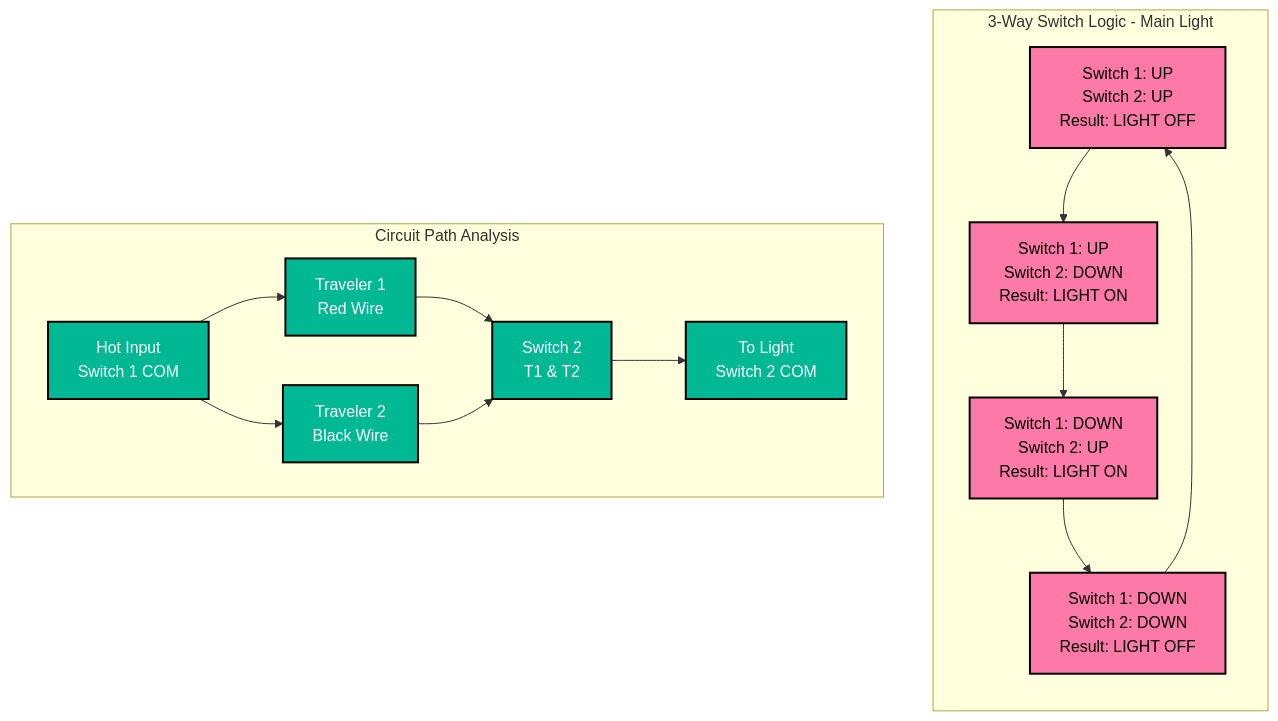
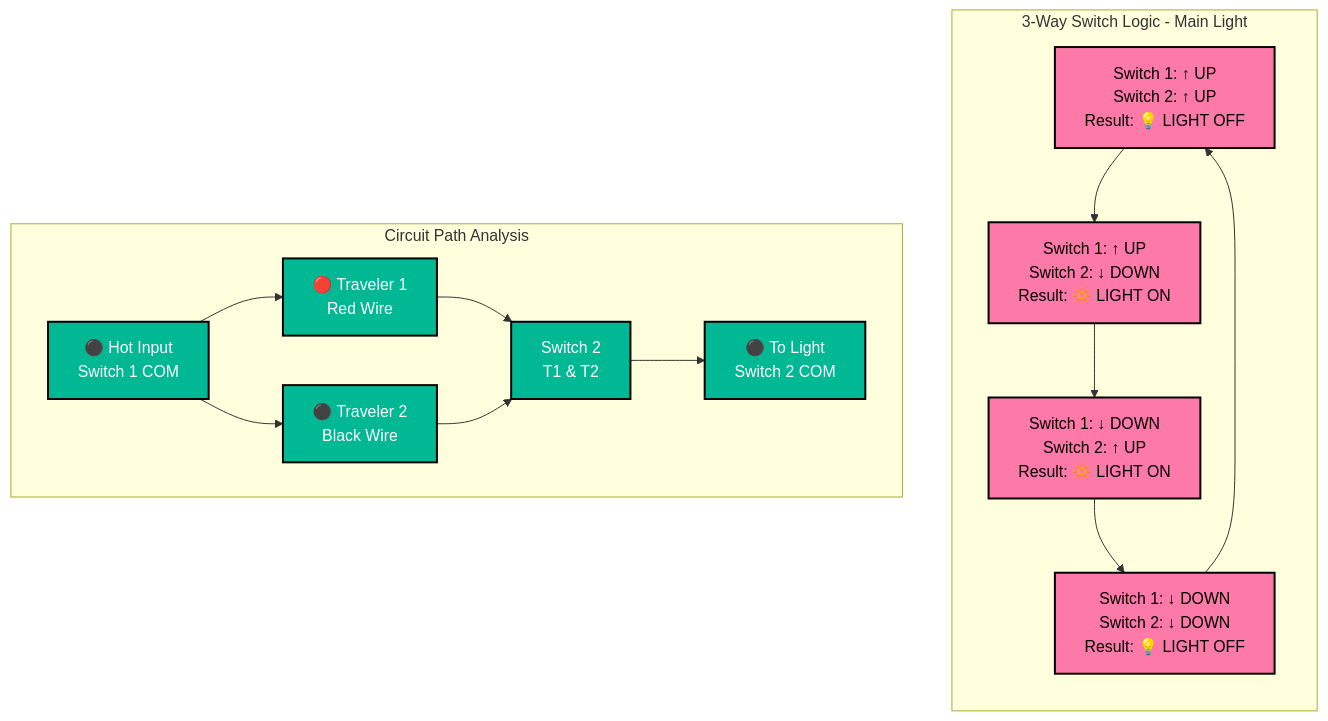
Before and after one commit to ticklemycode/electrical-wiring: the fifth of 8 diagrams in diagrams/mermaid-wiring-diagram.md, drawn with Mermaid. The commit also changed other lines of this file, not shown here.

````diff
--- a/diagrams/mermaid-wiring-diagram.md
+++ b/diagrams/mermaid-wiring-diagram.md
@@ -226,38 +235,38 @@
 ```mermaid
 flowchart TD
     subgraph "3-Way Switch Logic - Main Light"
         direction TB
         
-        STATE1[Switch 1: UP<br/>Switch 2: UP<br/>Result: LIGHT OFF]
-        STATE2[Switch 1: UP<br/>Switch 2: DOWN<br/>Result: LIGHT ON]
-        STATE3[Switch 1: DOWN<br/>Switch 2: UP<br/>Result: LIGHT ON]
-        STATE4[Switch 1: DOWN<br/>Switch 2: DOWN<br/>Result: LIGHT OFF]
+        STATE1[Switch 1: ↑ UP<br/>Switch 2: ↑ UP<br/>Result: 💡 LIGHT OFF]
+        STATE2[Switch 1: ↑ UP<br/>Switch 2: ↓ DOWN<br/>Result: 🔆 LIGHT ON]
+        STATE3[Switch 1: ↓ DOWN<br/>Switch 2: ↑ UP<br/>Result: 🔆 LIGHT ON]
+        STATE4[Switch 1: ↓ DOWN<br/>Switch 2: ↓ DOWN<br/>Result: 💡 LIGHT OFF]
         
         STATE1 --> STATE2
         STATE2 --> STATE3
         STATE3 --> STATE4
         STATE4 --> STATE1
     end
     
     subgraph "Circuit Path Analysis"
         direction LR
         
-        HOT_IN[Hot Input<br/>Switch 1 COM]
-        TRAV1[Traveler 1<br/>Red Wire]
-        TRAV2[Traveler 2<br/>Black Wire]
+        HOT_IN[⚫ Hot Input<br/>Switch 1 COM]
+        TRAV1[🔴 Traveler 1<br/>Red Wire]
+        TRAV2[⚫ Traveler 2<br/>Black Wire]
         SWITCH2[Switch 2<br/>T1 & T2]
-        LIGHT_OUT[To Light<br/>Switch 2 COM]
+        LIGHT_OUT[⚫ To Light<br/>Switch 2 COM]
         
         HOT_IN --> TRAV1
         HOT_IN --> TRAV2
         TRAV1 --> SWITCH2
         TRAV2 --> SWITCH2
         SWITCH2 --> LIGHT_OUT
     end
     
     classDef stateStyle fill:#fd79a8,stroke:#000,stroke-width:2px,color:#000
     classDef pathStyle fill:#00b894,stroke:#000,stroke-width:2px,color:#fff
     
     class STATE1,STATE2,STATE3,STATE4 stateStyle
     class HOT_IN,TRAV1,TRAV2,SWITCH2,LIGHT_OUT pathStyle
 ```
````
